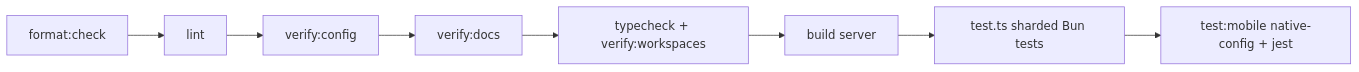
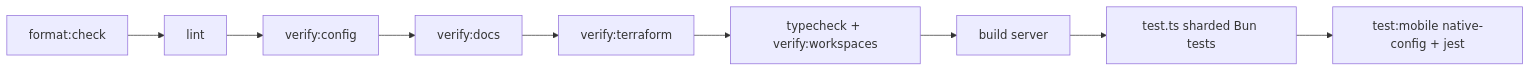
The diagram in openwiki/testing/verification-and-testing.md (psd401/psd-eoc), drawn with Mermaid before and after one commit. The commit also changed other lines of this file and 6 other files, not shown here.

````diff
--- a/openwiki/testing/verification-and-testing.md
+++ b/openwiki/testing/verification-and-testing.md
@@ -46,10 +46,11 @@
 ```mermaid
 flowchart LR
   A[format:check] --> B[lint]
   B --> C[verify:config]
   C --> D[verify:docs]
-  D --> E[typecheck + verify:workspaces]
+  D --> T[verify:terraform]
+  T --> E[typecheck + verify:workspaces]
   E --> F[build server]
   F --> G[test.ts sharded Bun tests]
   G --> H[test:mobile native-config + jest]
 ```
````
